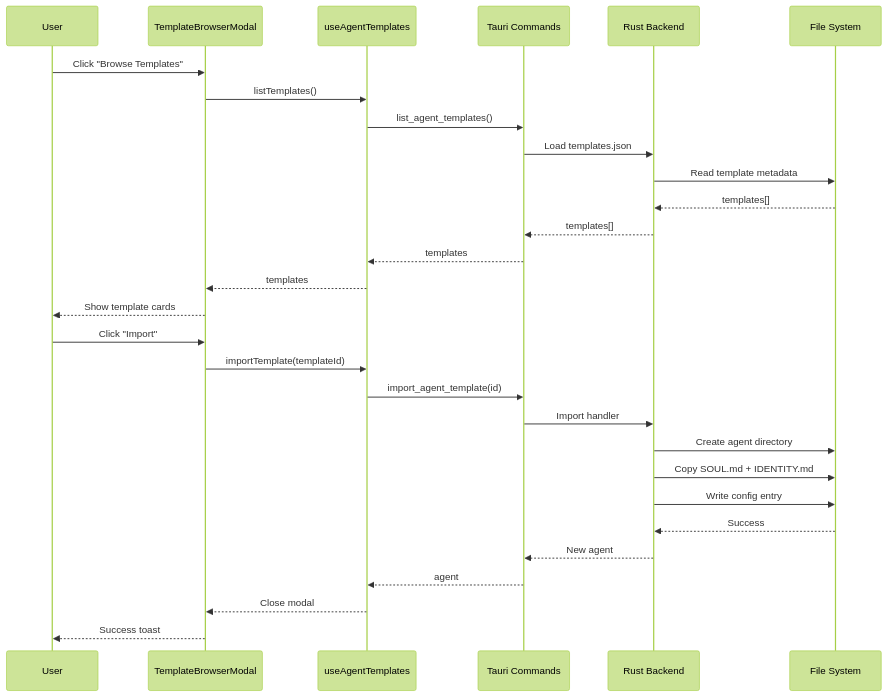
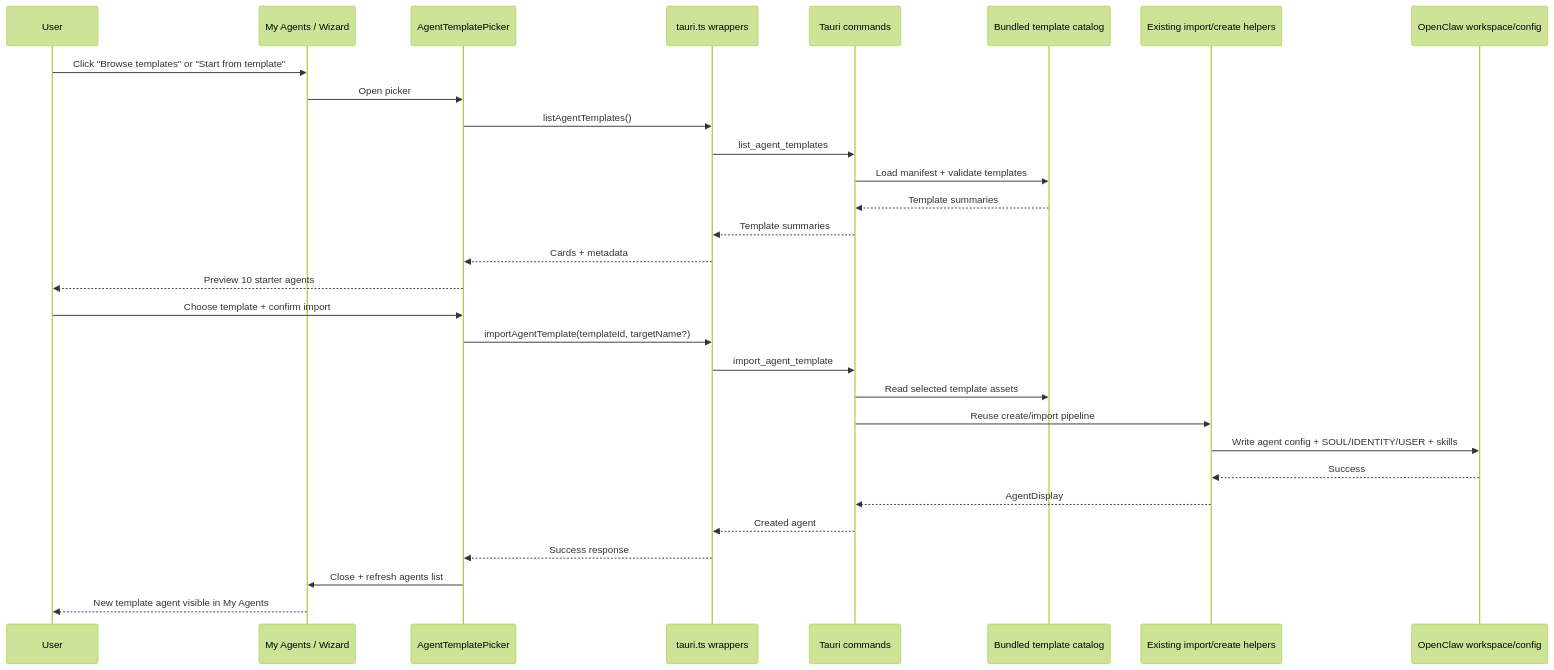
The diagram in site/plans/issue-170-flow.mmd (thynameisjibi/multiclaw-monorepo-plans), drawn with Mermaid (forest theme) before and after one commit. The commit also changed 6 other files, not shown here.

```diff
--- a/site/plans/issue-170-flow.mmd
+++ b/site/plans/issue-170-flow.mmd
@@ -1,31 +1,32 @@
 sequenceDiagram
     participant User
-    participant UI as TemplateBrowserModal
-    participant Hook as useAgentTemplates
-    participant Tauri as Tauri Commands
-    participant Rust as Rust Backend
-    participant FS as File System
+    participant Agents as My Agents / Wizard
+    participant Picker as AgentTemplatePicker
+    participant IPC as tauri.ts wrappers
+    participant Rust as Tauri commands
+    participant Catalog as Bundled template catalog
+    participant Import as Existing import/create helpers
+    participant FS as OpenClaw workspace/config
 
-    User->>UI: Click "Browse Templates"
-    UI->>Hook: listTemplates()
-    Hook->>Tauri: list_agent_templates()
-    Tauri->>Rust: Load templates.json
-    Rust->>FS: Read template metadata
-    FS-->>Rust: templates[]
-    Rust-->>Tauri: templates[]
-    Tauri-->>Hook: templates
-    Hook-->>UI: templates
-    UI-->>User: Show template cards
+    User->>Agents: Click "Browse templates" or "Start from template"
+    Agents->>Picker: Open picker
+    Picker->>IPC: listAgentTemplates()
+    IPC->>Rust: list_agent_templates
+    Rust->>Catalog: Load manifest + validate templates
+    Catalog-->>Rust: Template summaries
+    Rust-->>IPC: Template summaries
+    IPC-->>Picker: Cards + metadata
+    Picker-->>User: Preview 10 starter agents
 
-    User->>UI: Click "Import"
-    UI->>Hook: importTemplate(templateId)
-    Hook->>Tauri: import_agent_template(id)
-    Tauri->>Rust: Import handler
-    Rust->>FS: Create agent directory
-    Rust->>FS: Copy SOUL.md + IDENTITY.md
-    Rust->>FS: Write config entry
-    FS-->>Rust: Success
-    Rust-->>Tauri: New agent
-    Tauri-->>Hook: agent
-    Hook-->>UI: Close modal
-    UI-->>User: Success toast
+    User->>Picker: Choose template + confirm import
+    Picker->>IPC: importAgentTemplate(templateId, targetName?)
+    IPC->>Rust: import_agent_template
+    Rust->>Catalog: Read selected template assets
+    Rust->>Import: Reuse create/import pipeline
+    Import->>FS: Write agent config + SOUL/IDENTITY/USER + skills
+    FS-->>Import: Success
+    Import-->>Rust: AgentDisplay
+    Rust-->>IPC: Created agent
+    IPC-->>Picker: Success response
+    Picker->>Agents: Close + refresh agents list
+    Agents-->>User: New template agent visible in My Agents
```
